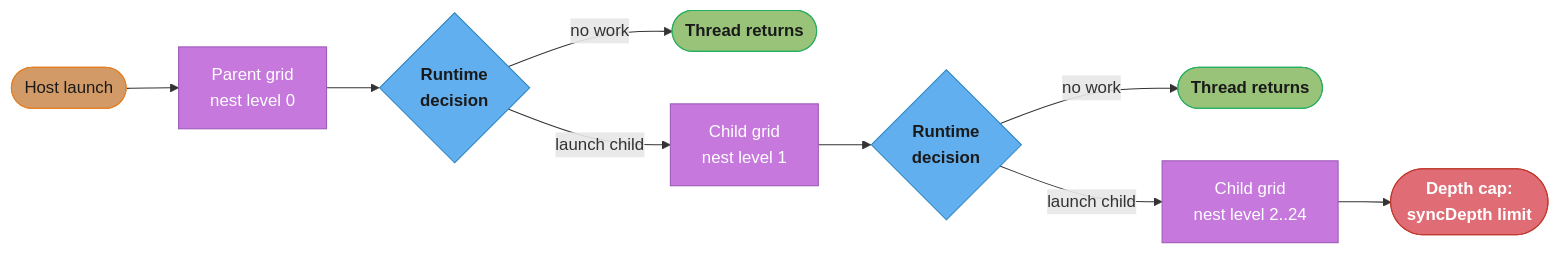
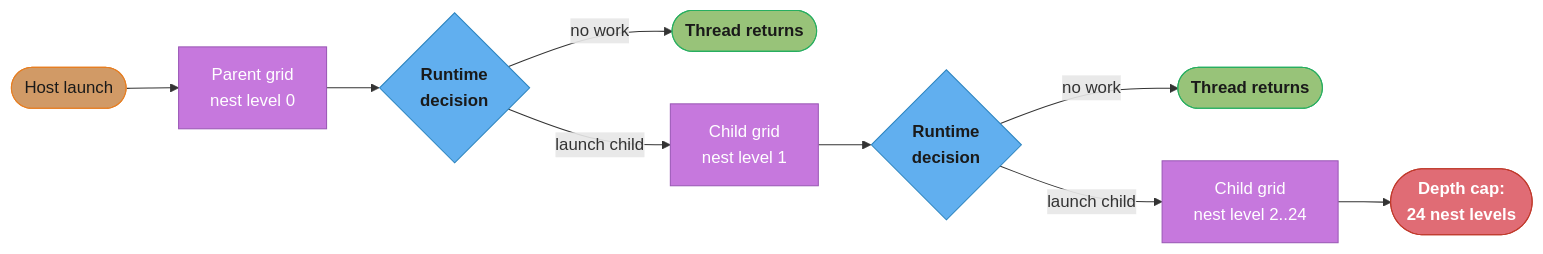
One commit to rppol/system-design changed the first of 8 diagrams in src/main/java/com/rutik/systemdesign/cuda/dynamic_parallelism_and_advanced_kernels/dynamic_parallelism_and_advanced_kernels.md. Above: the diagram before and after it, drawn with Mermaid. The commit also changed other lines of this file and 3 other files, not shown here.

First line of the commit message:
audit(cuda): graphs, CDP, NCCL and tensor cores — a bandwidth comparison measured in two different units, and a module whose central rule stopped being true in cuBLAS 11

````diff
--- a/src/main/java/com/rutik/systemdesign/cuda/dynamic_parallelism_and_advanced_kernels/dynamic_parallelism_and_advanced_kernels.md
+++ b/src/main/java/com/rutik/systemdesign/cuda/dynamic_parallelism_and_advanced_kernels/dynamic_parallelism_and_advanced_kernels.md
@@ -148,23 +152,23 @@
 ```mermaid
 flowchart LR
     classDef io     fill:#61afef,stroke:#2e86c1,color:#1a1a1a,font-weight:bold
     classDef slow   fill:#e06c75,stroke:#c0392b,color:#fff,font-weight:bold
     classDef fast   fill:#98c379,stroke:#27ae60,color:#1a1a1a,font-weight:bold
     classDef driver fill:#d19a66,stroke:#e67e22,color:#1a1a1a
     classDef gpu    fill:#c678dd,stroke:#9b59b6,color:#fff
 
     H(["Host launch"]) --> P["Parent grid<br/>nest level 0"]
     P --> D0{"Runtime<br/>decision"}
     D0 -->|"no work"| R0(["Thread returns"])
     D0 -->|"launch child"| C1["Child grid<br/>nest level 1"]
     C1 --> D1{"Runtime<br/>decision"}
     D1 -->|"no work"| R1(["Thread returns"])
     D1 -->|"launch child"| C2["Child grid<br/>nest level 2..24"]
-    C2 --> Cap(["Depth cap:<br/>syncDepth limit"])
+    C2 --> Cap(["Depth cap:<br/>24 nest levels"])
 
     class H driver
     class P,C1,C2 gpu
     class D0,D1 io
     class R0,R1 fast
     class Cap slow
 ```
````
